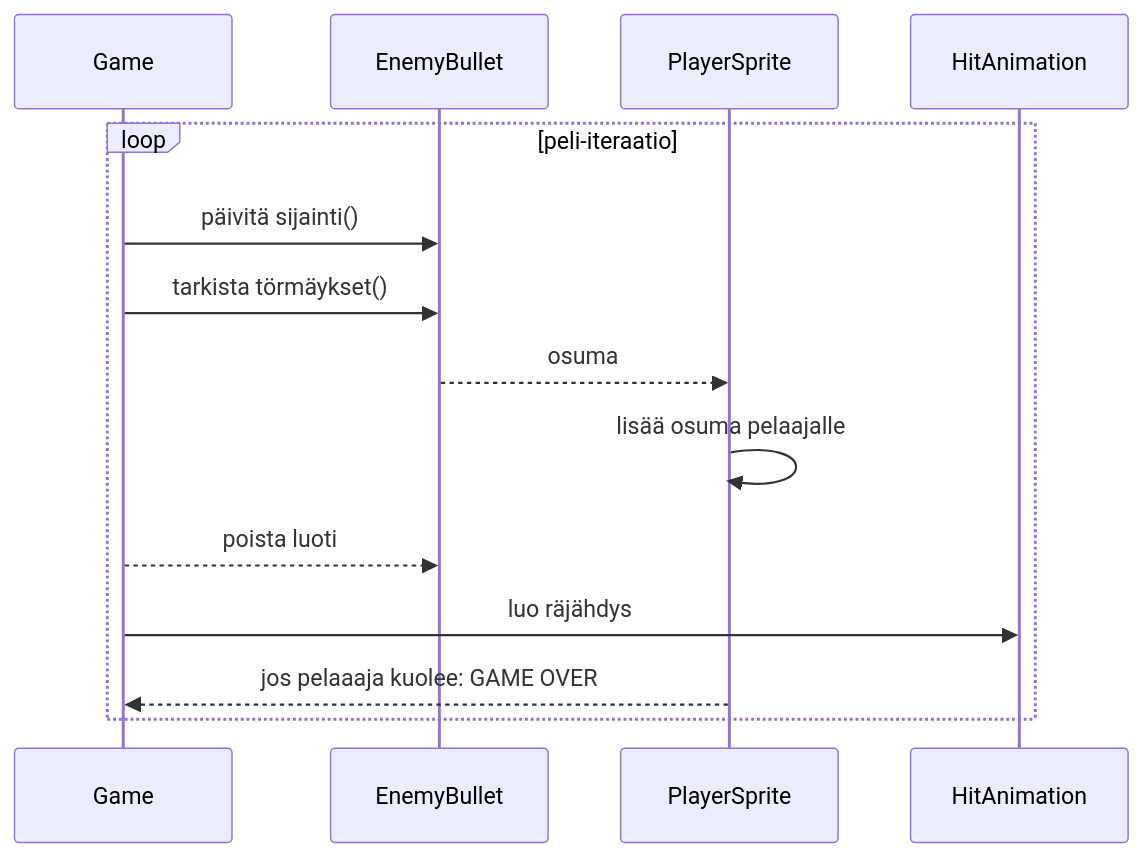
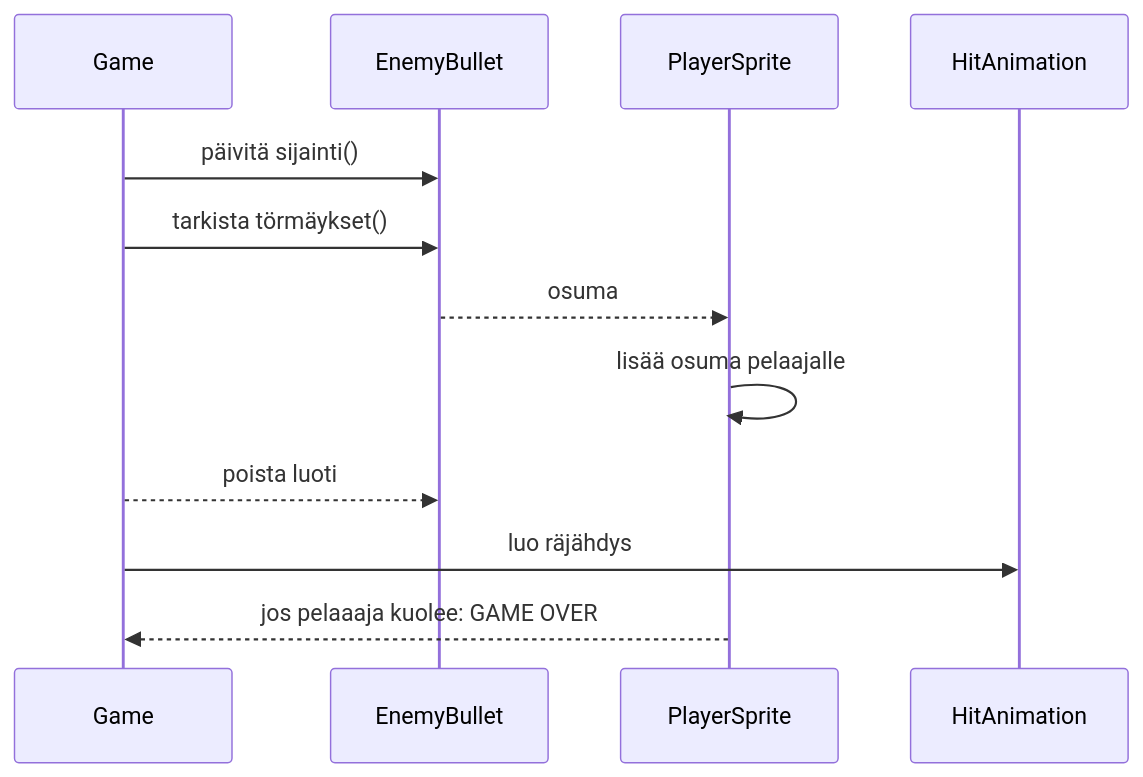
One commit to Tapir79/ot-harjoitustyo changed diagram 20 of 20 in dokumentaatio/arkkitehtuuri.md. Above: the diagram before and after it, drawn with Mermaid. The commit also changed other lines of this file, not shown here.

Commit message:
Update architecture

````diff
--- a/dokumentaatio/arkkitehtuuri.md
+++ b/dokumentaatio/arkkitehtuuri.md
@@ -538,22 +545,16 @@
 ```mermaid
 sequenceDiagram
     participant Game
     participant EnemyBullet
     participant PlayerSprite
     participant EnemyBullet
     participant HitAnimation
 
-    loop peli-iteraatio
-        Game->>EnemyBullet: päivitä sijainti()
-        Game->>EnemyBullet: tarkista törmäykset()
-
-       
-        EnemyBullet-->>PlayerSprite: osuma
-        PlayerSprite->>PlayerSprite: lisää osuma pelaajalle
-        Game-->>EnemyBullet: poista luoti
-        Game->>HitAnimation: luo räjähdys
-        
-        PlayerSprite-->>Game: jos pelaaaja kuolee: GAME OVER 
-    end
-
+    Game->>EnemyBullet: päivitä sijainti()
+    Game->>EnemyBullet: tarkista törmäykset()
+    EnemyBullet-->>PlayerSprite: osuma
+    PlayerSprite->>PlayerSprite: lisää osuma pelaajalle
+    Game-->>EnemyBullet: poista luoti
+    Game->>HitAnimation: luo räjähdys
+    PlayerSprite-->>Game: jos pelaaaja kuolee: GAME OVER 
 ```
````
